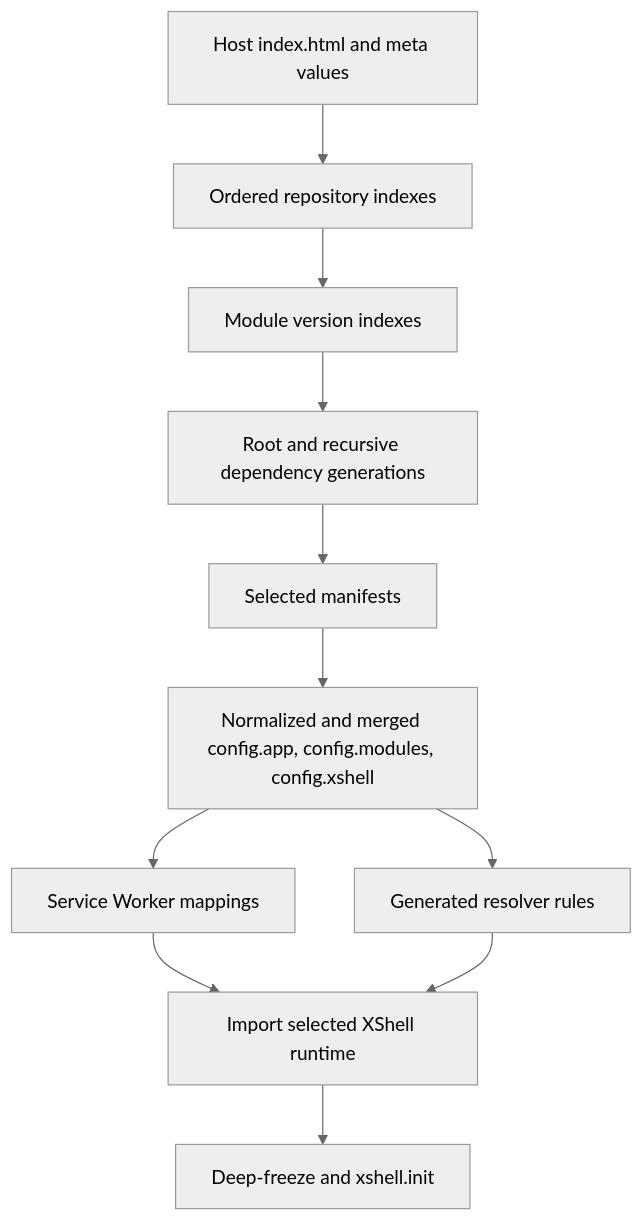
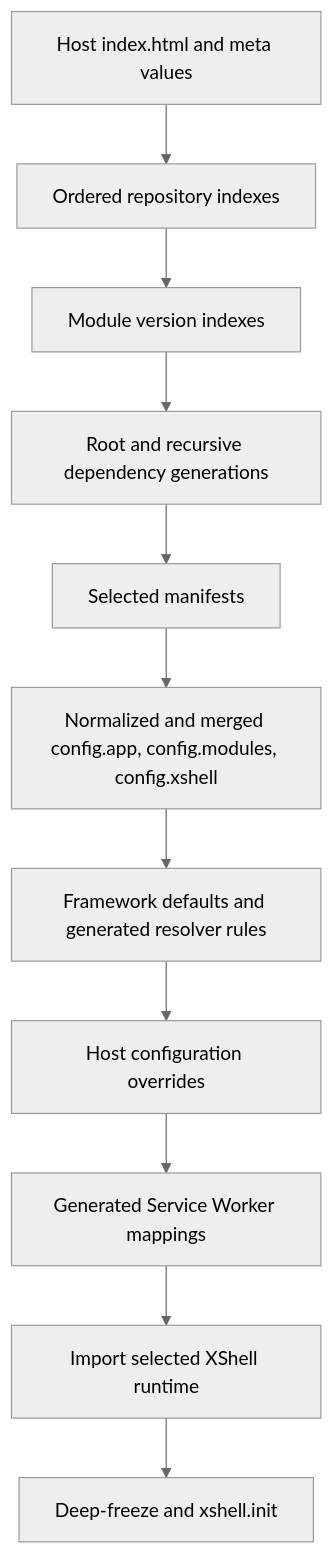
One commit to marcdp/xshell changed the diagram in src/DProjects.XShell/Resources/DProjects.XShell/xshell-docs/pages/10-architecture/10-bootstrap.md. Above: the diagram before and after it, drawn with Mermaid (neutral theme). The commit also changed other lines of this file and 2 other files, not shown here.

Commit message:
Document configuration overrides

````diff
--- a/src/DProjects.XShell/Resources/DProjects.XShell/xshell-docs/pages/10-architecture/10-bootstrap.md
+++ b/src/DProjects.XShell/Resources/DProjects.XShell/xshell-docs/pages/10-architecture/10-bootstrap.md
@@ -24,13 +28,13 @@
 ```mermaid
 flowchart TD
     H[Host index.html and meta values] --> R[Ordered repository indexes]
     R --> V[Module version indexes]
     V --> G[Root and recursive dependency generations]
     G --> M[Selected manifests]
     M --> C[Normalized and merged config.app, config.modules, config.xshell]
-    C --> W[Service Worker mappings]
-    C --> E[Generated resolver rules]
+    C --> E[Framework defaults and generated resolver rules]
+    E --> O[Host configuration overrides]
+    O --> W[Generated Service Worker mappings]
     W --> I[Import selected XShell runtime]
-    E --> I
     I --> F[Deep-freeze and xshell.init]
 ```
````
